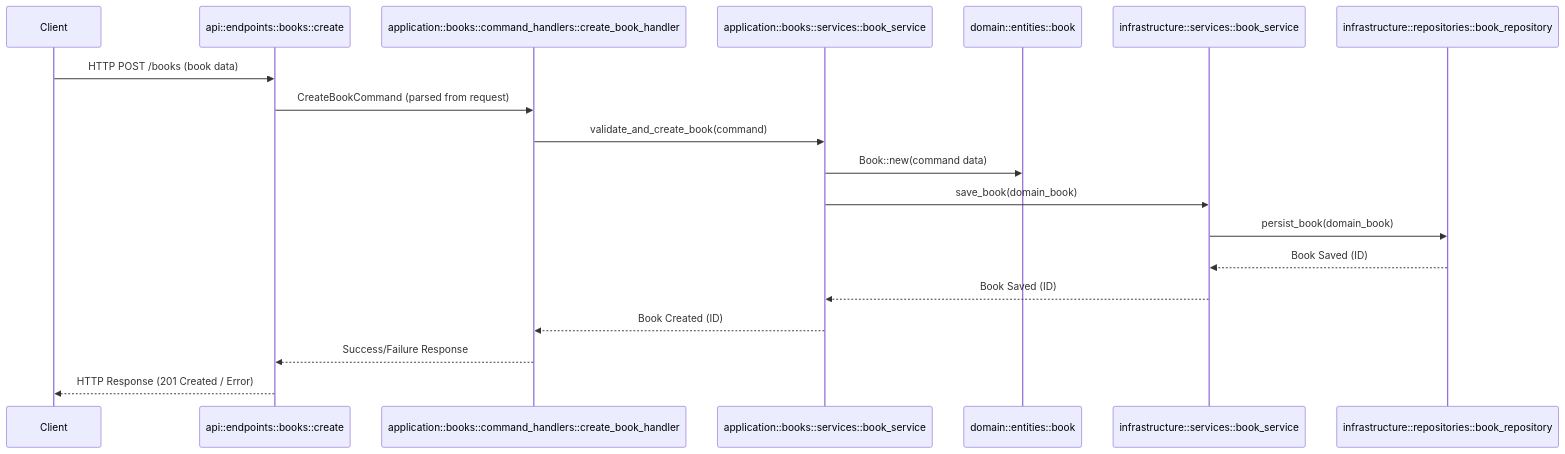
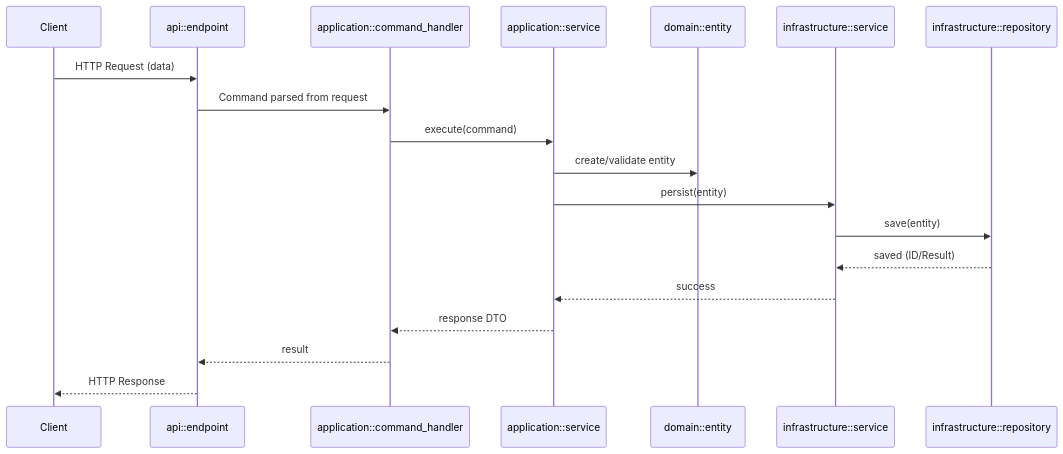
One commit to sushant-at-nitor/warp-microservice changed the diagram in README.md. Above: the diagram before and after it, drawn with Mermaid. The commit also changed other lines of this file and 1 other file, not shown here.

````diff
--- a/README.md
+++ b/README.md
@@ -359,22 +197,22 @@
 ```mermaid
 sequenceDiagram
     participant Client
-    participant API as api::endpoints::books::create
-    participant AppHandler as application::books::command_handlers::create_book_handler
-    participant AppService as application::books::services::book_service
-    participant Domain as domain::entities::book
-    participant InfraService as infrastructure::services::book_service
-    participant InfraRepo as infrastructure::repositories::book_repository
+    participant API as api::endpoint
+    participant AppHandler as application::command_handler
+    participant AppService as application::service
+    participant Domain as domain::entity
+    participant InfraService as infrastructure::service
+    participant InfraRepo as infrastructure::repository
 
-    Client->>API: HTTP POST /books (book data)
-    API->>AppHandler: CreateBookCommand (parsed from request)
-    AppHandler->>AppService: validate_and_create_book(command)
-    AppService->>Domain: Book::new(command data)
-    AppService->>InfraService: save_book(domain_book)
-    InfraService->>InfraRepo: persist_book(domain_book)
-    InfraRepo-->>InfraService: Book Saved (ID)
-    InfraService-->>AppService: Book Saved (ID)
-    AppService-->>AppHandler: Book Created (ID)
-    AppHandler-->>API: Success/Failure Response
-    API-->>Client: HTTP Response (201 Created / Error)
+    Client->>API: HTTP Request (data)
+    API->>AppHandler: Command parsed from request
+    AppHandler->>AppService: execute(command)
+    AppService->>Domain: create/validate entity
+    AppService->>InfraService: persist(entity)
+    InfraService->>InfraRepo: save(entity)
+    InfraRepo-->>InfraService: saved (ID/Result)
+    InfraService-->>AppService: success
+    AppService-->>AppHandler: response DTO
+    AppHandler-->>API: result
+    API-->>Client: HTTP Response
 ```
````
